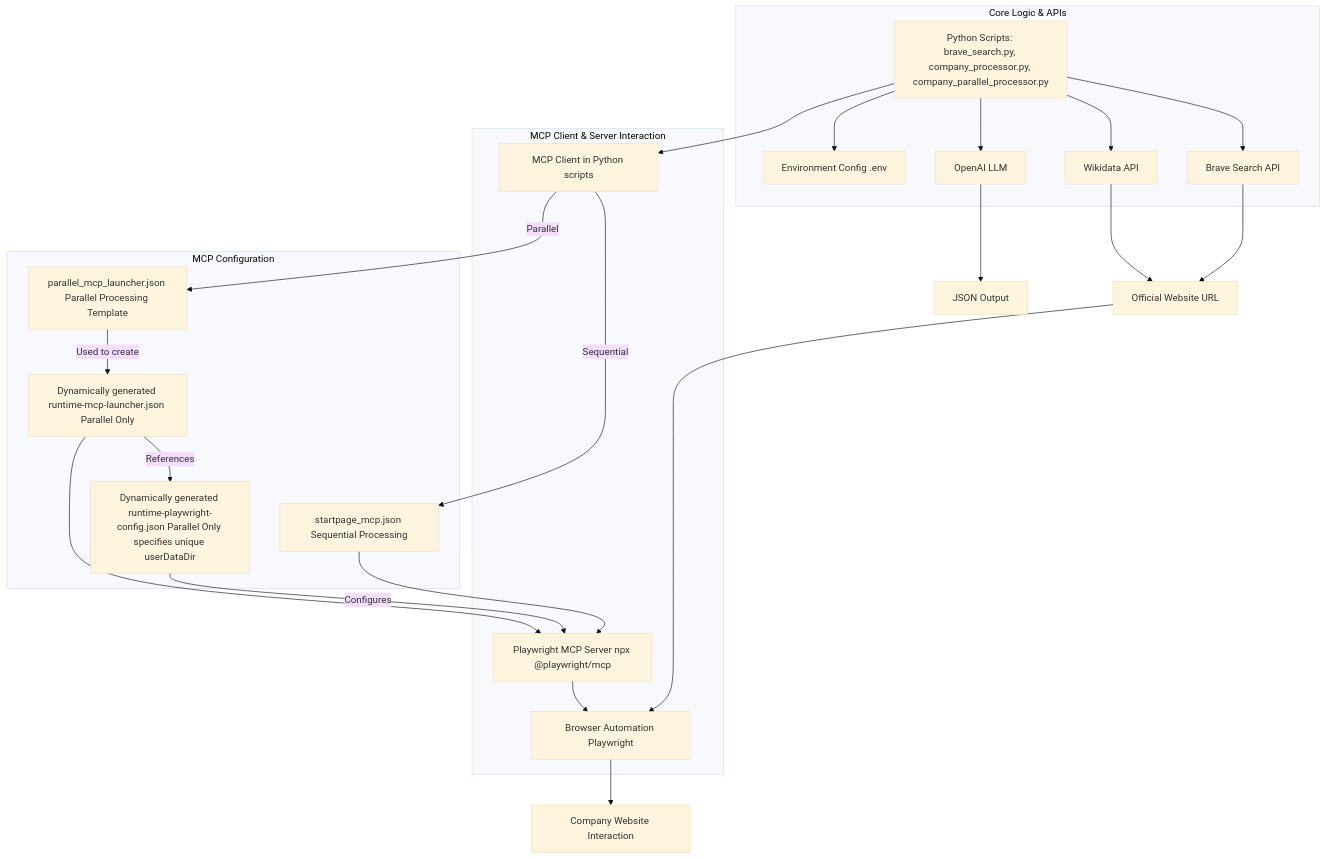
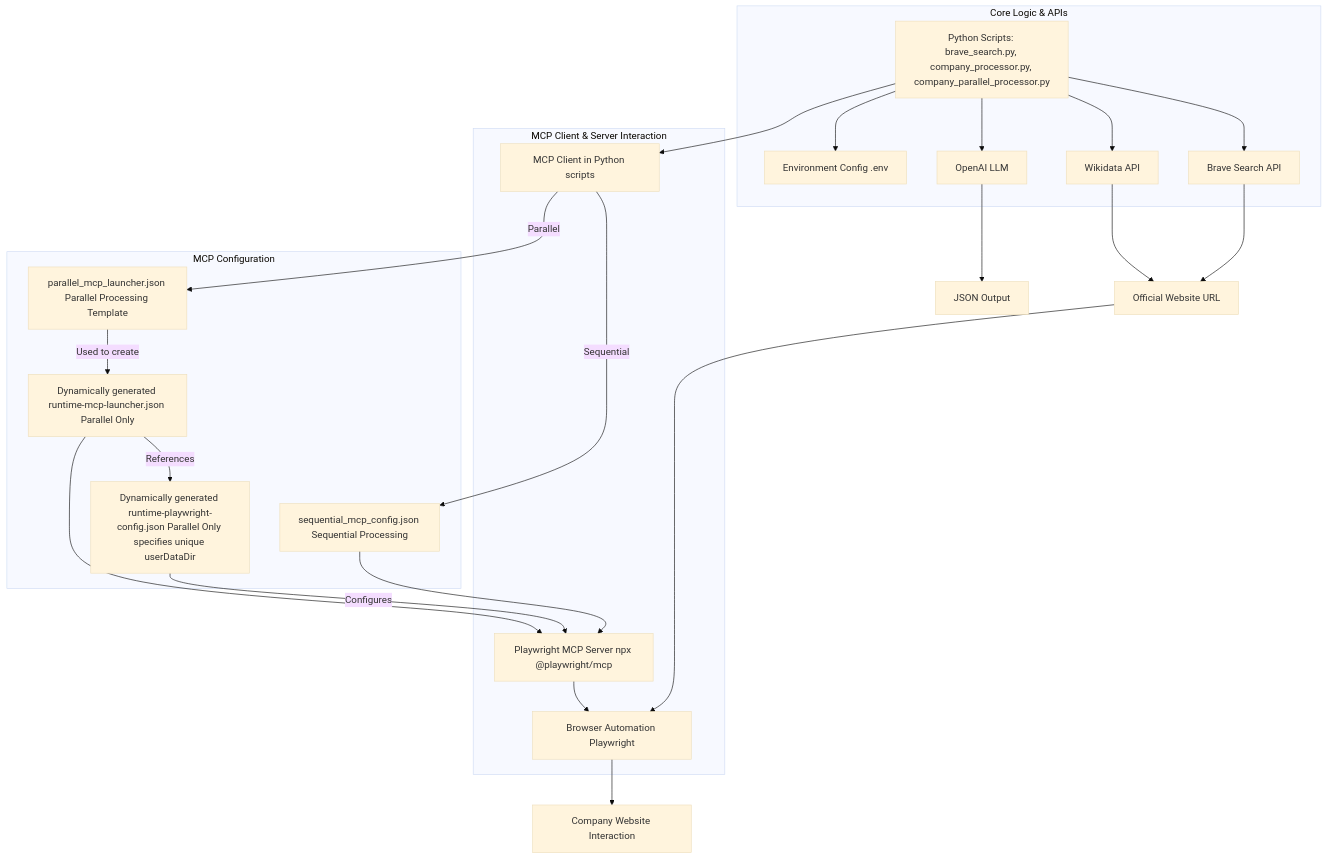
One commit to ClaudioLutz/BraveWebCrawler changed the diagram in DOCUMENTATION.md. Above: the diagram before and after it, drawn with Mermaid (base theme). The commit also changed other lines of this file and 5 other files, not shown here.

Commit message:
renamed startpage.json to sequential_mcp_config.json and included versions in requirements.txt

````diff
--- a/DOCUMENTATION.md
+++ b/DOCUMENTATION.md
@@ -11,46 +11,46 @@
 ```mermaid
 graph TD
     subgraph "Core Logic & APIs"
         A[Python Scripts: brave_search.py, company_processor.py, company_parallel_processor.py]
         B[Brave Search API]
         C[Wikidata API]
         G[OpenAI LLM]
         H[Environment Config .env]
     end
 
     subgraph "MCP Client & Server Interaction"
         D[MCP Client in Python scripts]
         E[Playwright MCP Server npx @playwright/mcp]
         F[Browser Automation Playwright]
     end
 
     subgraph "MCP Configuration"
-        J_seq[startpage_mcp.json Sequential Processing]
+        J_seq[sequential_mcp_config.json Sequential Processing]
         J_par_template[parallel_mcp_launcher.json Parallel Processing Template]
         J1_runtime_launcher[Dynamically generated runtime-mcp-launcher.json Parallel Only]
         J2_runtime_playwright_config[Dynamically generated runtime-playwright-config.json Parallel Only specifies unique userDataDir]
     end
 
     A --> B
     A --> C
     A --> G
     A --> H
     A --> D
 
     D -- Sequential --> J_seq
     J_seq --> E
 
     D -- Parallel --> J_par_template
     J_par_template -- Used to create --> J1_runtime_launcher
     J1_runtime_launcher -- References --> J2_runtime_playwright_config
     J1_runtime_launcher --> E
     J2_runtime_playwright_config -- Configures --> E
 
     E --> F
     F --> L[Company Website Interaction]
     B --> K[Official Website URL]
     C --> K
     K --> F
     G --> M[JSON Output]
 
 ```
````
